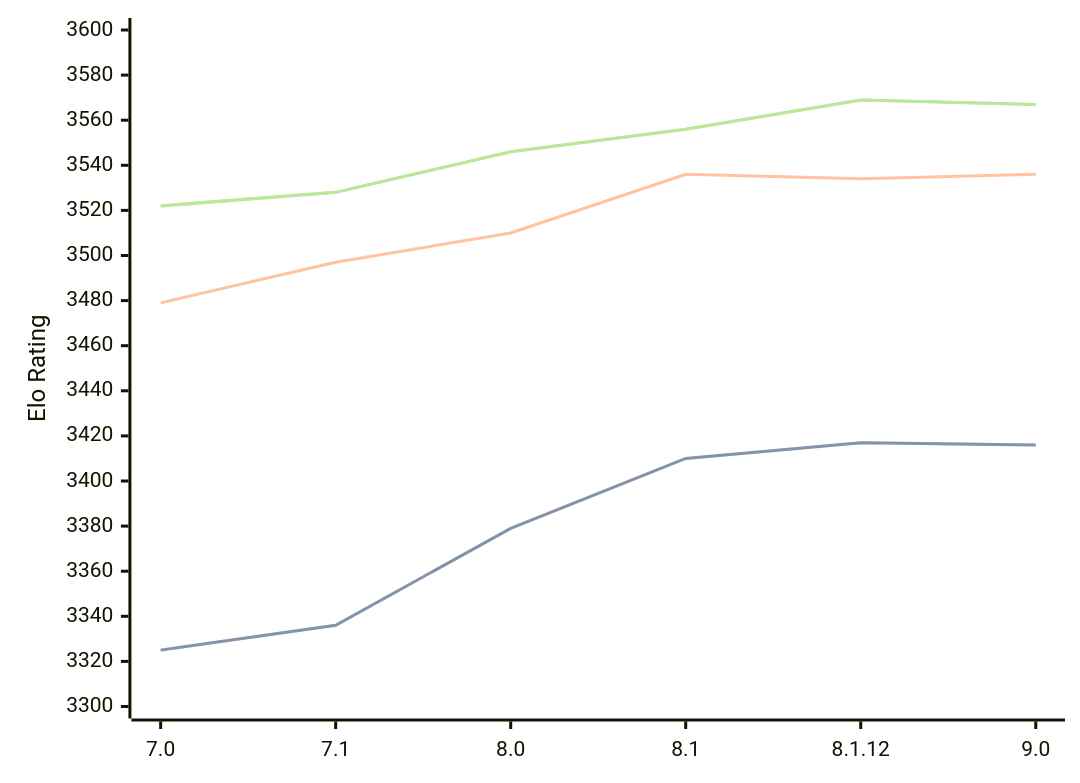
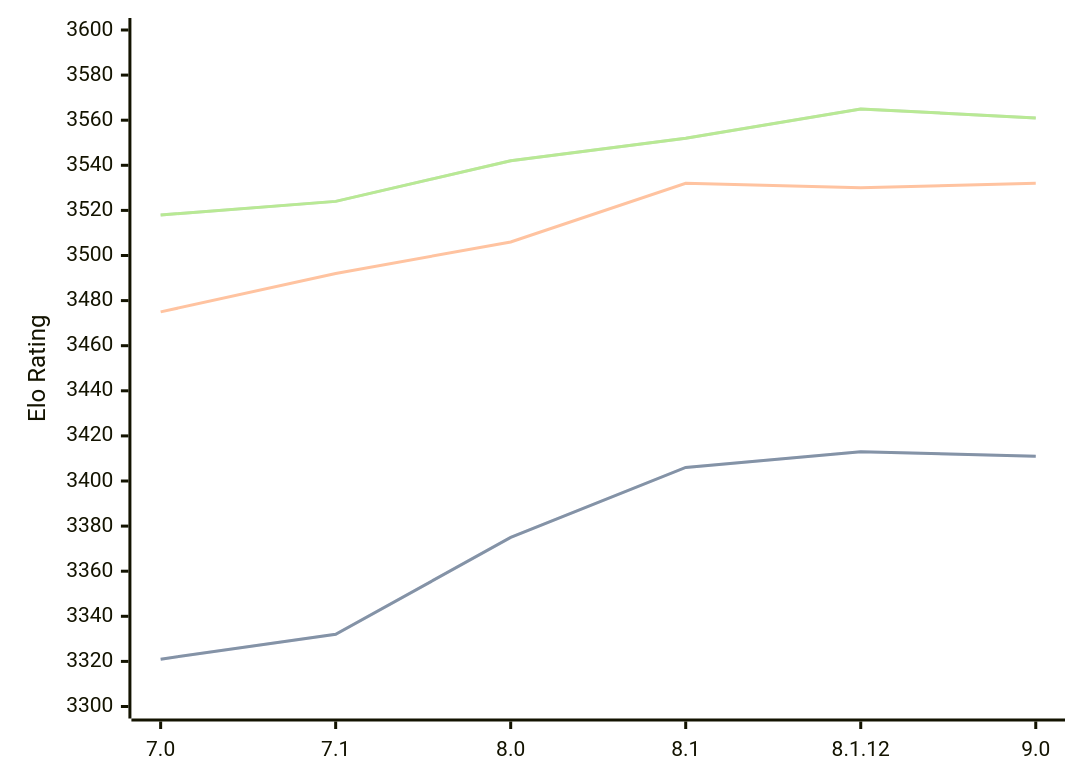
The third of 3 diagrams in engines/Alexandria.md (computer-chess-index/cci), drawn with Mermaid before and after one commit. The commit also changed other lines of this file, not shown here.

Commit message:
Update CCI Ratings (ELO VLTC) - 2026-07-16

````diff
--- a/engines/Alexandria.md
+++ b/engines/Alexandria.md
@@ -88,11 +88,11 @@
 ```mermaid
 %%{init: {"theme":"base","themeVariables":{"seriesColors:['#a3a3a3','#222221','#faa371']}}}%%
 xychart-beta
   x-axis ["7.0", "7.1", "8.0", "8.1", "8.1.12", "9.0"]
   y-axis "Elo Rating" 3300 --> 3600
-  line "STC (8.0+0.08s)" [3325, 3336, 3379, 3410, 3417, 3416]
-  line "STC (8.0+0.08s)" [3325, 3336, 3379, 3410, 3417, 3416]
-  line "LTC (60.0+0.60s)" [3479, 3497, 3510, 3536, 3534, 3536]
-  line "VLTC (2m24s+1.12s)" [3522, 3528, 3546, 3556, 3569, 3567]
-  line "VLTC (2m24s+1.12s)" [3522, 3528, 3546, 3556, 3569, 3567]
+  line "STC (8.0+0.08s)" [3321, 3332, 3375, 3406, 3413, 3411]
+  line "STC (8.0+0.08s)" [3321, 3332, 3375, 3406, 3413, 3411]
+  line "LTC (60.0+0.60s)" [3475, 3492, 3506, 3532, 3530, 3532]
+  line "VLTC (2m24s+1.12s)" [3518, 3524, 3542, 3552, 3565, 3561]
+  line "VLTC (2m24s+1.12s)" [3518, 3524, 3542, 3552, 3565, 3561]
 ```
````
